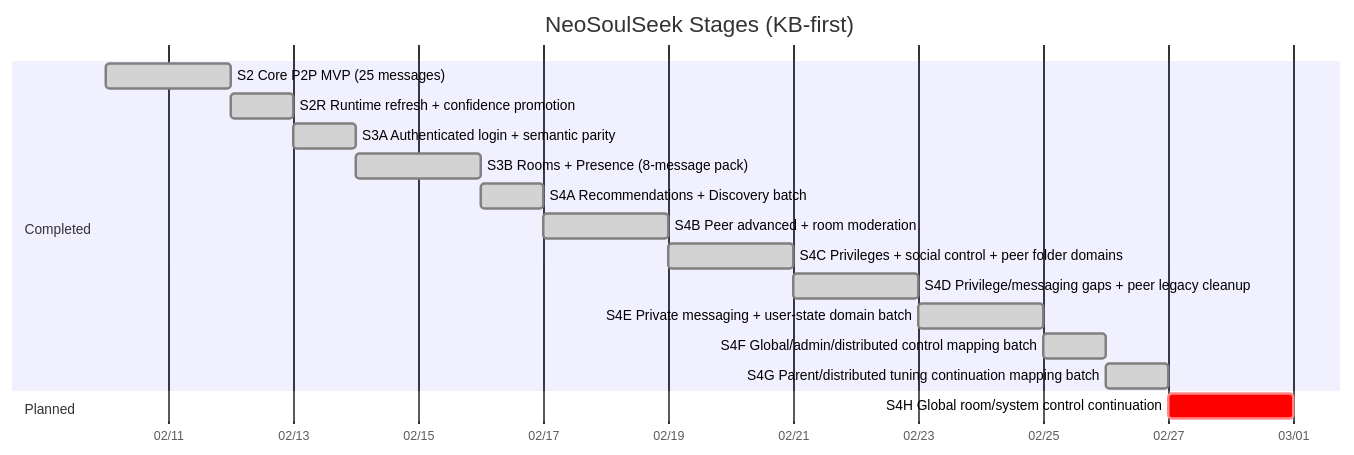
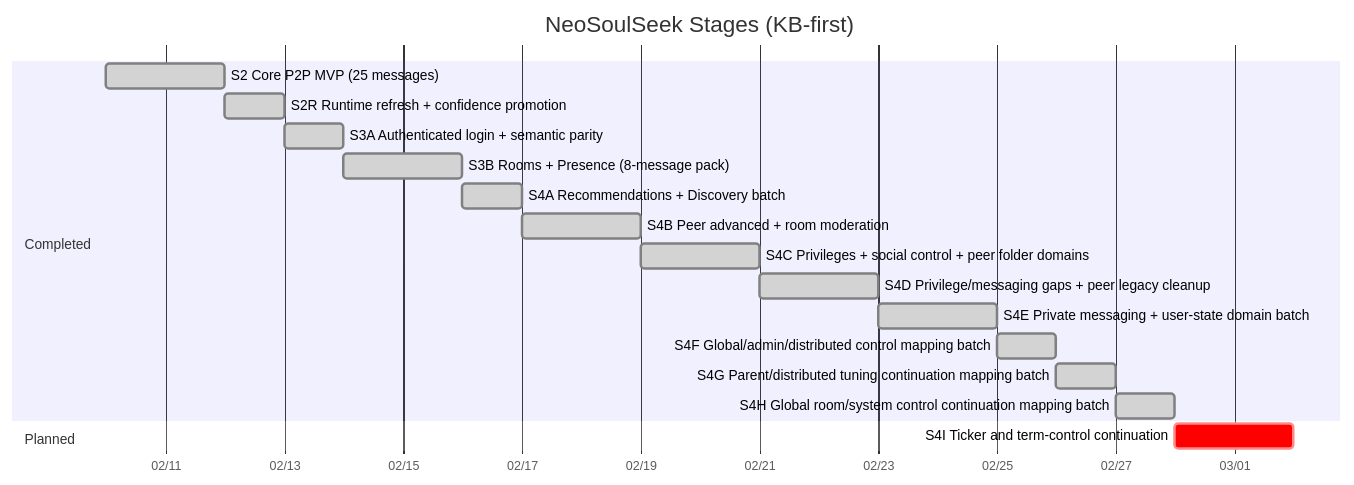
One commit to fedejinich/nss changed the first of 5 diagrams in docs/state/roadmap.md. Above: the diagram before and after it, drawn with Mermaid. The commit also changed other lines of this file and 12 other files, not shown here.

Commit message:
stage(s4h): map global system control messages

````diff
--- a/docs/state/roadmap.md
+++ b/docs/state/roadmap.md
@@ -9,20 +9,21 @@
 ```mermaid
 gantt
     title NeoSoulSeek Stages (KB-first)
     dateFormat  YYYY-MM-DD
     axisFormat  %m/%d
     section Completed
     S2 Core P2P MVP (25 messages) :done, s2, 2026-02-10, 2d
     S2R Runtime refresh + confidence promotion :done, s2r, after s2, 1d
     S3A Authenticated login + semantic parity :done, s3a, after s2r, 1d
     S3B Rooms + Presence (8-message pack) :done, s3b, 2026-02-14, 2d
     S4A Recommendations + Discovery batch :done, s4a, after s3b, 1d
     S4B Peer advanced + room moderation :done, s4b, after s4a, 2d
     S4C Privileges + social control + peer folder domains :done, s4c, after s4b, 2d
     S4D Privilege/messaging gaps + peer legacy cleanup :done, s4d, after s4c, 2d
     S4E Private messaging + user-state domain batch :done, s4e, after s4d, 2d
     S4F Global/admin/distributed control mapping batch :done, s4f, after s4e, 1d
     S4G Parent/distributed tuning continuation mapping batch :done, s4g, after s4f, 1d
+    S4H Global room/system control continuation mapping batch :done, s4h, after s4g, 1d
     section Planned
-    S4H Global room/system control continuation :crit, s4h, after s4g, 2d
+    S4I Ticker and term-control continuation :crit, s4i, after s4h, 2d
 ```
````
